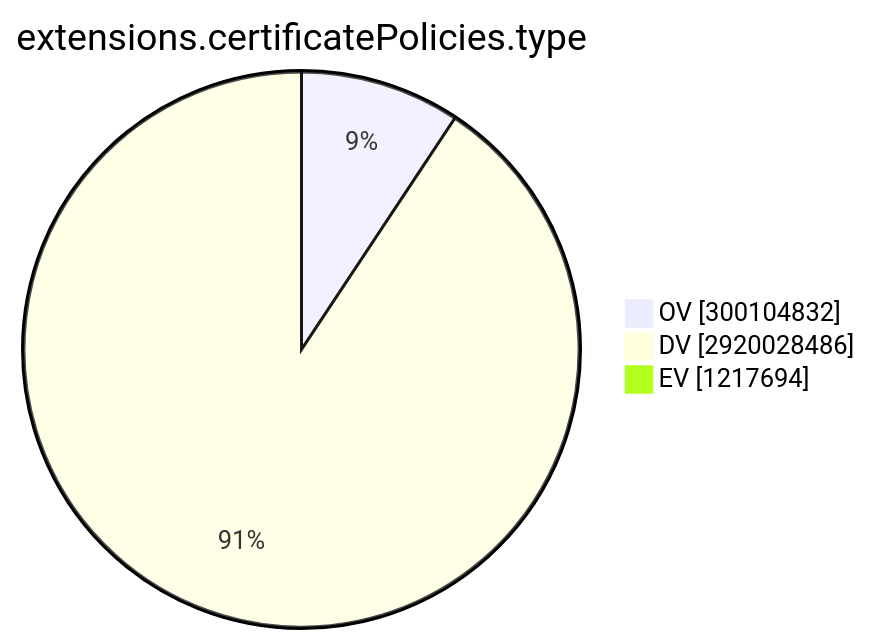
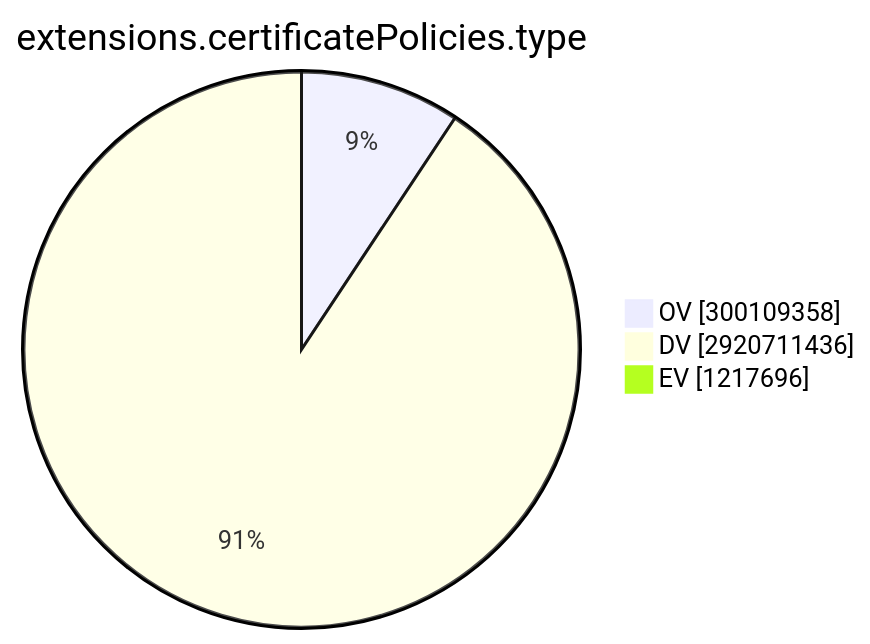
One commit to christiankrug/ctmonitor_visualization changed the ninth of 15 diagrams in TOTAL/README.md. Above: the diagram before and after it, drawn with Mermaid. The commit also changed other lines of this file, not shown here.

````diff
--- a/TOTAL/README.md
+++ b/TOTAL/README.md
@@ -3101,7 +3101,7 @@
 ```mermaid
 pie showData
 title extensions.certificatePolicies.type
-"OV" :300104832
-"DV" :2920028486
-"EV" :1217694
+"OV" :300109358
+"DV" :2920711436
+"EV" :1217696
 ```
````
